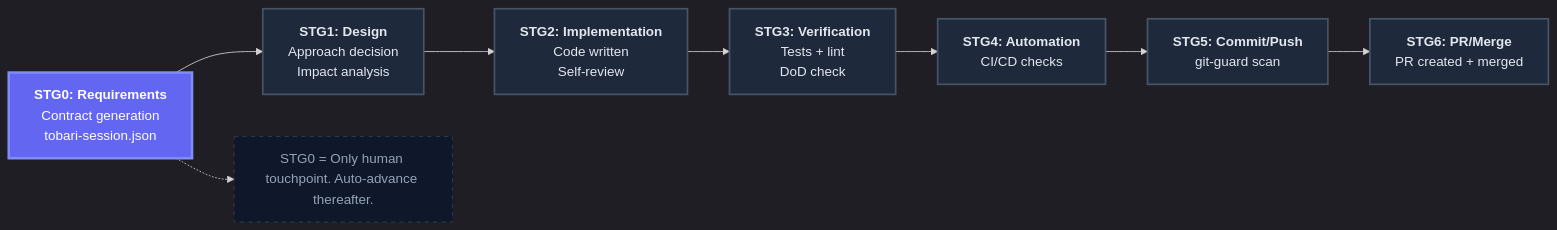
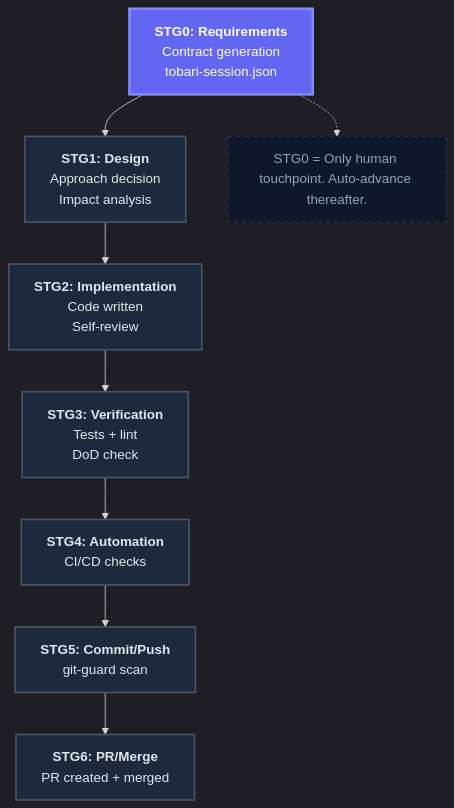
One commit to Sora-bluesky/tobari changed the diagram in docs/diagrams/tobari-lifecycle-en.mmd. Above: the diagram before and after it, drawn with Mermaid. The commit also changed 11 other files, not shown here.

First line of the commit message:
fix: improve diagram readability — convert LR to TD layout

```diff
--- a/docs/diagrams/tobari-lifecycle-en.mmd
+++ b/docs/diagrams/tobari-lifecycle-en.mmd
@@ -1,25 +1,25 @@
 %%{init: {'theme': 'dark'}}%%
-graph LR
+graph TD
     STG0["<b>STG0: Requirements</b><br/>Contract generation<br/>tobari-session.json"]
     STG1["<b>STG1: Design</b><br/>Approach decision<br/>Impact analysis"]
     STG2["<b>STG2: Implementation</b><br/>Code written<br/>Self-review"]
     STG3["<b>STG3: Verification</b><br/>Tests + lint<br/>DoD check"]
     STG4["<b>STG4: Automation</b><br/>CI/CD checks"]
     STG5["<b>STG5: Commit/Push</b><br/>git-guard scan"]
     STG6["<b>STG6: PR/Merge</b><br/>PR created + merged"]
 
     STG0 --> STG1 --> STG2 --> STG3 --> STG4 --> STG5 --> STG6
 
     %% ---- Annotation ----
     NOTE["STG0 = Only human touchpoint. Auto-advance thereafter."]
 
     STG0 -.-> NOTE
 
     %% ---- Styles ----
     classDef human fill:#6366f1,color:#fff,stroke:#818cf8,stroke-width:3px
     classDef auto fill:#1e293b,color:#e2e8f0,stroke:#475569,stroke-width:2px
     classDef annotation fill:#0f172a,color:#94a3b8,stroke:#334155,stroke-dasharray:5 5
 
     class STG0 human
     class STG1,STG2,STG3,STG4,STG5,STG6 auto
     class NOTE annotation
```
